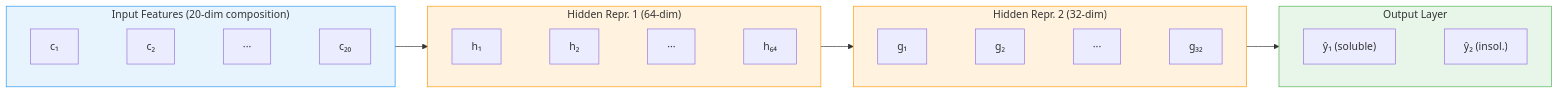
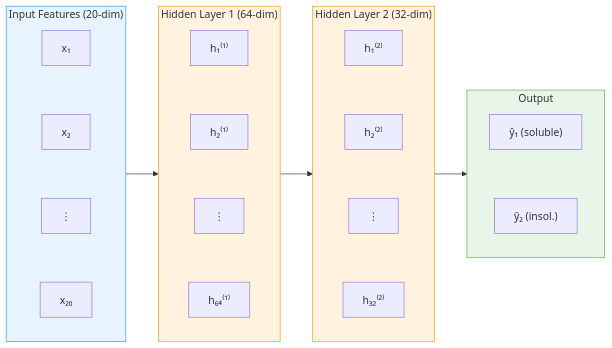
Before and after one commit to sungsoo-ahn/sungsoo-ahn.github.io: the diagram in assets/img/teaching/protein-ai/mermaid/s26-02-preliminary-protein-data_diagram_1.mmd, drawn with Mermaid. The commit also changed 5 other files, not shown here.

First line of the commit message:
docs: Simplify and improve flow across P1-P4 preliminary notes

```diff
--- a/assets/img/teaching/protein-ai/mermaid/s26-02-preliminary-protein-data_diagram_1.mmd
+++ b/assets/img/teaching/protein-ai/mermaid/s26-02-preliminary-protein-data_diagram_1.mmd
@@ -1,27 +1,27 @@
 flowchart LR
-    subgraph Input["Input Features (20-dim composition)"]
-        direction LR
-        I1["c₁"] ~~~ I2["c₂"] ~~~ I3["···"] ~~~ I4["c₂₀"]
+    subgraph Input["Input Features (20-dim)"]
+        direction TB
+        I1["x₁"] ~~~ I2["x₂"] ~~~ I3["⋮"] ~~~ I4["x₂₀"]
     end
 
-    subgraph Hidden1["Hidden Repr. 1 (64-dim)"]
-        direction LR
-        H1["h₁"] ~~~ H2["h₂"] ~~~ H3["···"] ~~~ H4["h₆₄"]
+    subgraph Hidden1["Hidden Layer 1 (64-dim)"]
+        direction TB
+        H1["h₁⁽¹⁾"] ~~~ H2["h₂⁽¹⁾"] ~~~ H3["⋮"] ~~~ H4["h₆₄⁽¹⁾"]
     end
 
-    subgraph Hidden2["Hidden Repr. 2 (32-dim)"]
-        direction LR
-        G1["g₁"] ~~~ G2["g₂"] ~~~ G3["···"] ~~~ G4["g₃₂"]
+    subgraph Hidden2["Hidden Layer 2 (32-dim)"]
+        direction TB
+        G1["h₁⁽²⁾"] ~~~ G2["h₂⁽²⁾"] ~~~ G3["⋮"] ~~~ G4["h₃₂⁽²⁾"]
     end
 
-    subgraph Output["Output Layer"]
-        direction LR
+    subgraph Output["Output"]
+        direction TB
         O1["ŷ₁ (soluble)"] ~~~ O2["ŷ₂ (insol.)"]
     end
 
     Input --> Hidden1 --> Hidden2 --> Output
 
     style Input fill:#e8f4fd,stroke:#2196F3
     style Hidden1 fill:#fff3e0,stroke:#FF9800
     style Hidden2 fill:#fff3e0,stroke:#FF9800
     style Output fill:#e8f5e9,stroke:#4CAF50
```
